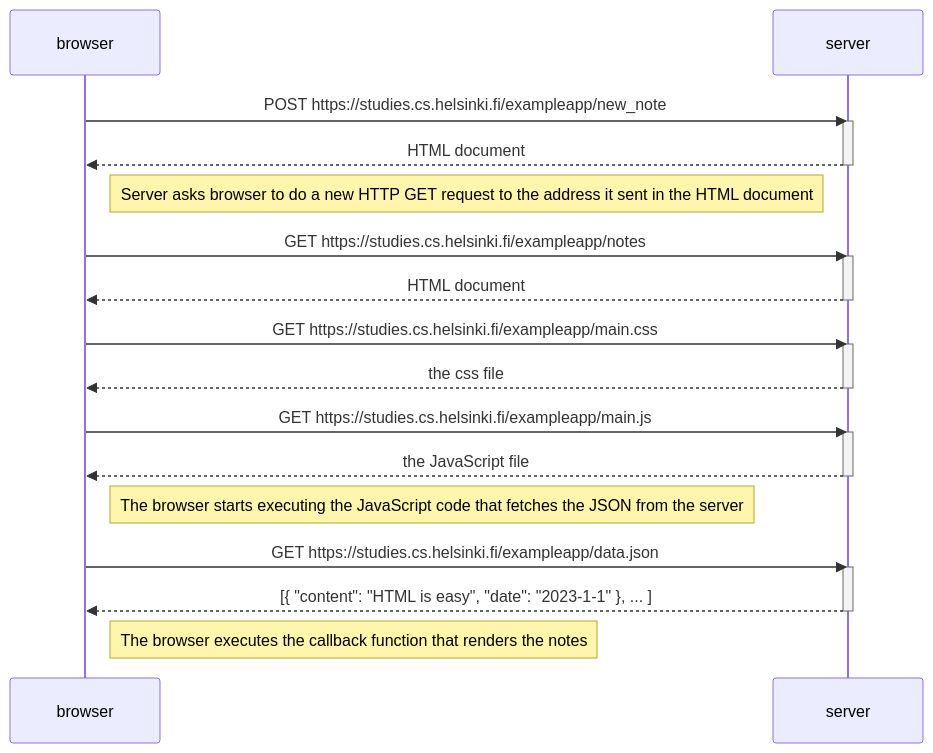
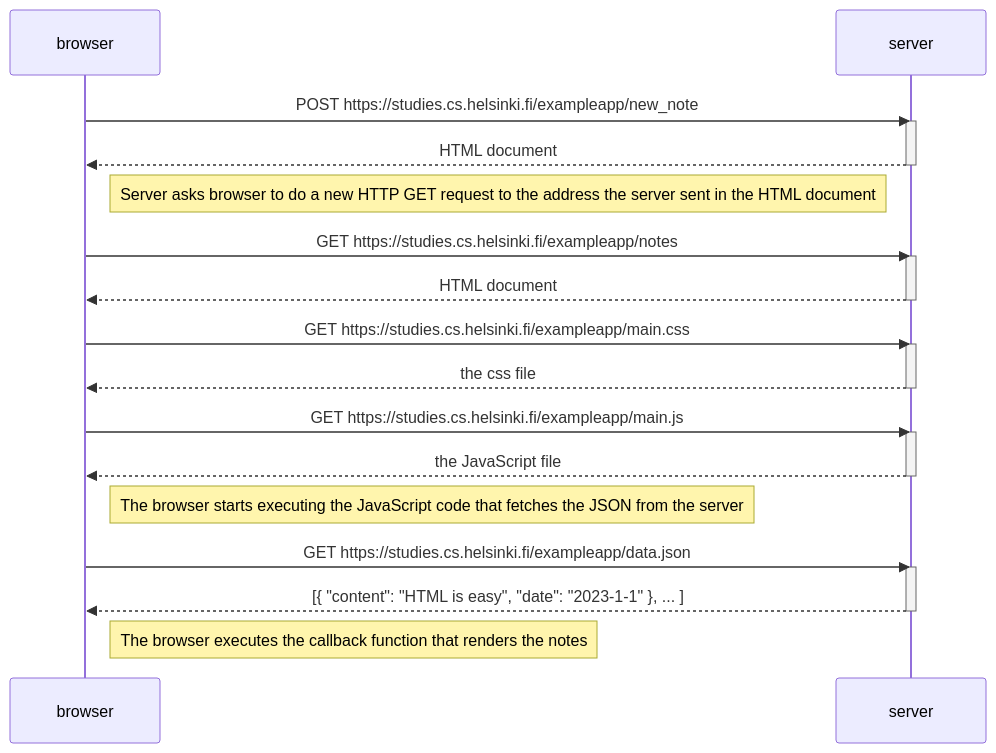
Before and after one commit to Jason8924/fullstackopen: the diagram in part0/0.4: New note diagram.md, drawn with Mermaid.

Commit message:
Update 0.4: New note diagram.md

````diff
--- a/part0/0.4: New note diagram.md
+++ b/part0/0.4: New note diagram.md
@@ -1,36 +1,36 @@
 ```mermaid
 sequenceDiagram
     participant browser
     participant server
 
     browser->>server: POST https://studies.cs.helsinki.fi/exampleapp/new_note
     activate server
     server-->>browser: HTML document 
     deactivate server
     
-    Note right of browser: Server asks browser to do a new HTTP GET request to the address it sent in the HTML document
+    Note right of browser: Server asks browser to do a new HTTP GET request to the address the server sent in the HTML document
     
     browser->>server: GET https://studies.cs.helsinki.fi/exampleapp/notes
     activate server
     server-->>browser: HTML document
     deactivate server
 
     browser->>server: GET https://studies.cs.helsinki.fi/exampleapp/main.css
     activate server
     server-->>browser: the css file
     deactivate server
 
     browser->>server: GET https://studies.cs.helsinki.fi/exampleapp/main.js
     activate server
     server-->>browser: the JavaScript file
     deactivate server
     
     Note right of browser: The browser starts executing the JavaScript code that fetches the JSON from the server
 
     browser->>server: GET https://studies.cs.helsinki.fi/exampleapp/data.json
     activate server
     server-->>browser: [{ "content": "HTML is easy", "date": "2023-1-1" }, ... ]
     deactivate server
     
     Note right of browser: The browser executes the callback function that renders the notes
 ```
````
